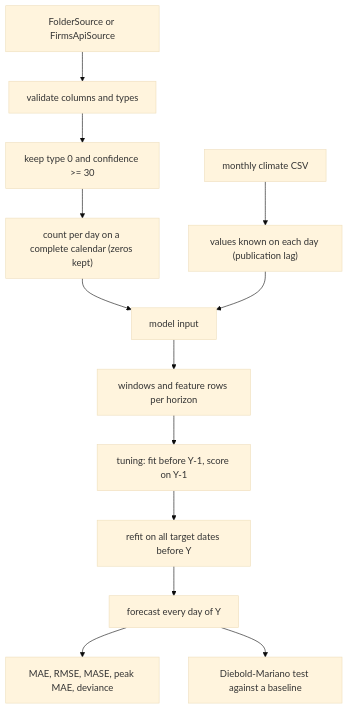
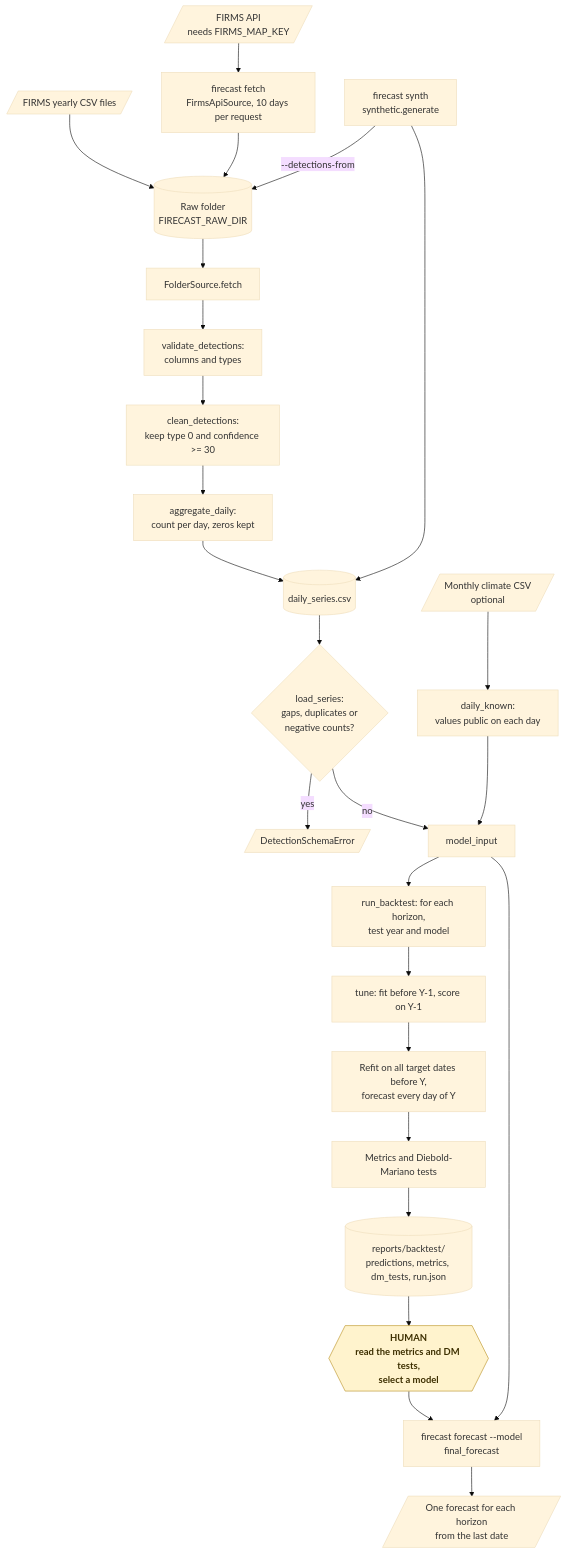
The fifth of 19 diagrams in README.md (KrishnaAnnavaram/firecast-id), drawn with Mermaid (base theme) before and after one commit. The commit also changed other lines of this file, not shown here.

Commit message:
Add the workflow diagrams to the README

````diff
--- a/README.md
+++ b/README.md
@@ -189,15 +248,30 @@
 ```mermaid
-flowchart TB
-    SRC["FolderSource or FirmsApiSource"] --> V["validate columns and types"]
-    V --> CL["keep type 0 and confidence >= 30"]
-    CL --> AG["count per day on a complete calendar (zeros kept)"]
-    CLIM["monthly climate CSV"] --> KN["values known on each day (publication lag)"]
-    AG --> IN["model input"]
+flowchart TD
+    API[/"FIRMS API<br/>needs FIRMS_MAP_KEY"/] --> FETCH["firecast fetch<br/>FirmsApiSource, 10 days per request"]
+    YCSV[/"FIRMS yearly CSV files"/] --> RAW[("Raw folder<br/>FIRECAST_RAW_DIR")]
+    FETCH --> RAW
+    SYN["firecast synth<br/>synthetic.generate"] -- "--detections-from" --> RAW
+    RAW --> SRC["FolderSource.fetch"]
+    SRC --> V["validate_detections:<br/>columns and types"]
+    V --> CL["clean_detections:<br/>keep type 0 and confidence >= 30"]
+    CL --> AG["aggregate_daily:<br/>count per day, zeros kept"]
+    AG --> SER[("daily_series.csv")]
+    SYN --> SER
+    SER --> LS{"load_series:<br/>gaps, duplicates or<br/>negative counts?"}
+    LS -- "yes" --> ERR[/"DetectionSchemaError"/]
+    CLIM[/"Monthly climate CSV<br/>optional"/] --> KN["daily_known:<br/>values public on each day"]
+    LS -- "no" --> IN["model_input"]
     KN --> IN
-    IN --> W["windows and feature rows per horizon"]
-    W --> T["tuning: fit before Y-1, score on Y-1"]
-    T --> R["refit on all target dates before Y"]
-    R --> P["forecast every day of Y"]
-    P --> M["MAE, RMSE, MASE, peak MAE, deviance"]
-    P --> DM["Diebold-Mariano test against a baseline"]
+    IN --> BT["run_backtest: for each horizon,<br/>test year and model"]
+    BT --> T["tune: fit before Y-1, score on Y-1"]
+    T --> R["Refit on all target dates before Y,<br/>forecast every day of Y"]
+    R --> M["Metrics and Diebold-Mariano tests"]
+    M --> REP[("reports/backtest/<br/>predictions, metrics, dm_tests, run.json")]
+    REP --> HUMAN{{"HUMAN<br/>read the metrics and DM tests,<br/>select a model"}}
+    HUMAN --> FC["firecast forecast --model<br/>final_forecast"]
+    IN --> FC
+    FC --> OUT[/"One forecast for each horizon<br/>from the last date"/]
+
+    classDef human fill:#fff3cd,stroke:#b8901f,color:#3d2f00,font-weight:bold
+    class HUMAN human
 ```
````
